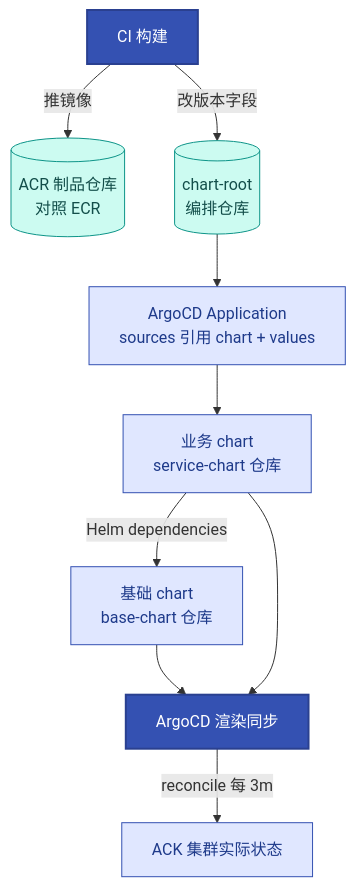
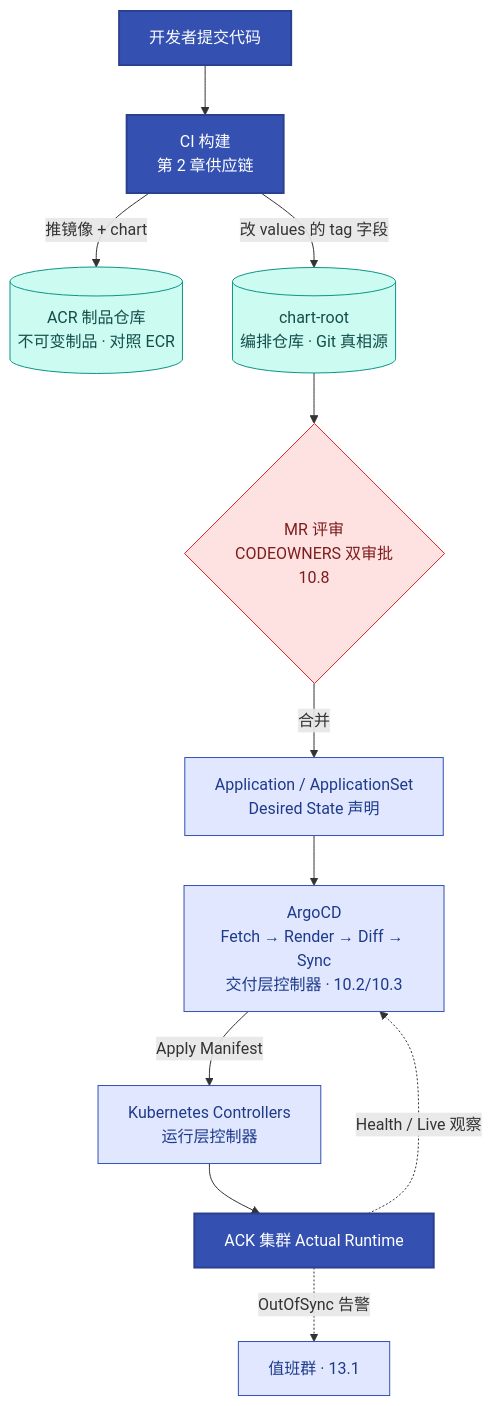
One commit to jackiesre721/ai-native-ops changed the second of 2 diagrams in docs/10-argocd-gitops.md. Above: the diagram before and after it, drawn with Mermaid. The commit also changed other lines of this file and 22 other files, not shown here.

````diff
--- a/docs/10-argocd-gitops.md
+++ b/docs/10-argocd-gitops.md
@@ -46,17 +1271,21 @@
 ```mermaid
 flowchart TB
-    CI[CI 构建] -->|推镜像| REG[(ACR 制品仓库<br/>对照 ECR)]
-    CI -->|改版本字段| CR[(chart-root<br/>编排仓库)]
-    CR --> APP["ArgoCD Application<br/>sources 引用 chart + values"]
-    APP --> SVC["业务 chart<br/>service-chart 仓库"]
-    SVC -->|Helm dependencies| BASE["基础 chart<br/>base-chart 仓库"]
-    BASE --> ARG[ArgoCD 渲染同步]
-    SVC --> ARG
-    ARG -->|reconcile 每 3m| CL[ACK 集群实际状态]
+    DEV[开发者提交代码] --> CI[CI 构建<br/>第 2 章供应链]
+    CI -->|推镜像 + chart| REG[(ACR 制品仓库<br/>不可变制品 · 对照 ECR)]
+    CI -->|改 values 的 tag 字段| CR[(chart-root<br/>编排仓库 · Git 真相源)]
+    CR --> MR{MR 评审<br/>CODEOWNERS 双审批<br/>10.8}
+    MR -->|合并| AS["Application / ApplicationSet<br/>Desired State 声明"]
+    AS --> ARG["ArgoCD<br/>Fetch → Render → Diff → Sync<br/>交付层控制器 · 10.2/10.3"]
+    ARG -->|Apply Manifest| K8S["Kubernetes Controllers<br/>运行层控制器"]
+    K8S --> RT[ACK 集群 Actual Runtime]
+    RT -.->|Health / Live 观察| ARG
+    RT -.->|OutOfSync 告警| ALERT[值班群 · 13.1]
     classDef start fill:#3451b2,color:#fff,stroke:#2a4090,stroke-width:2px
     classDef proc fill:#e0e7ff,stroke:#3451b2,color:#1e3a8a
     classDef data fill:#ccfbf1,stroke:#0d9488,color:#134e4a
-    class CI,ARG start
+    classDef gate fill:#fee2e2,stroke:#dc2626,color:#7f1d1d
+    class DEV,CI,RT start
     class REG,CR data
-    class APP,SVC,BASE,CL proc
+    class AS,ARG,K8S,ALERT proc
+    class MR gate
 ```
````
